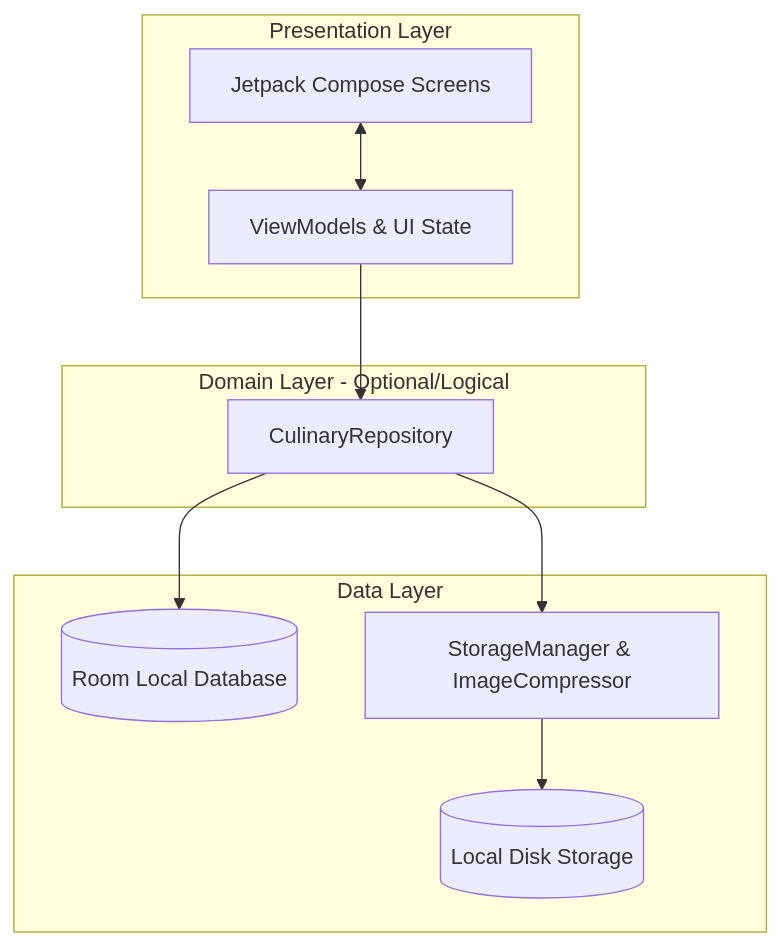
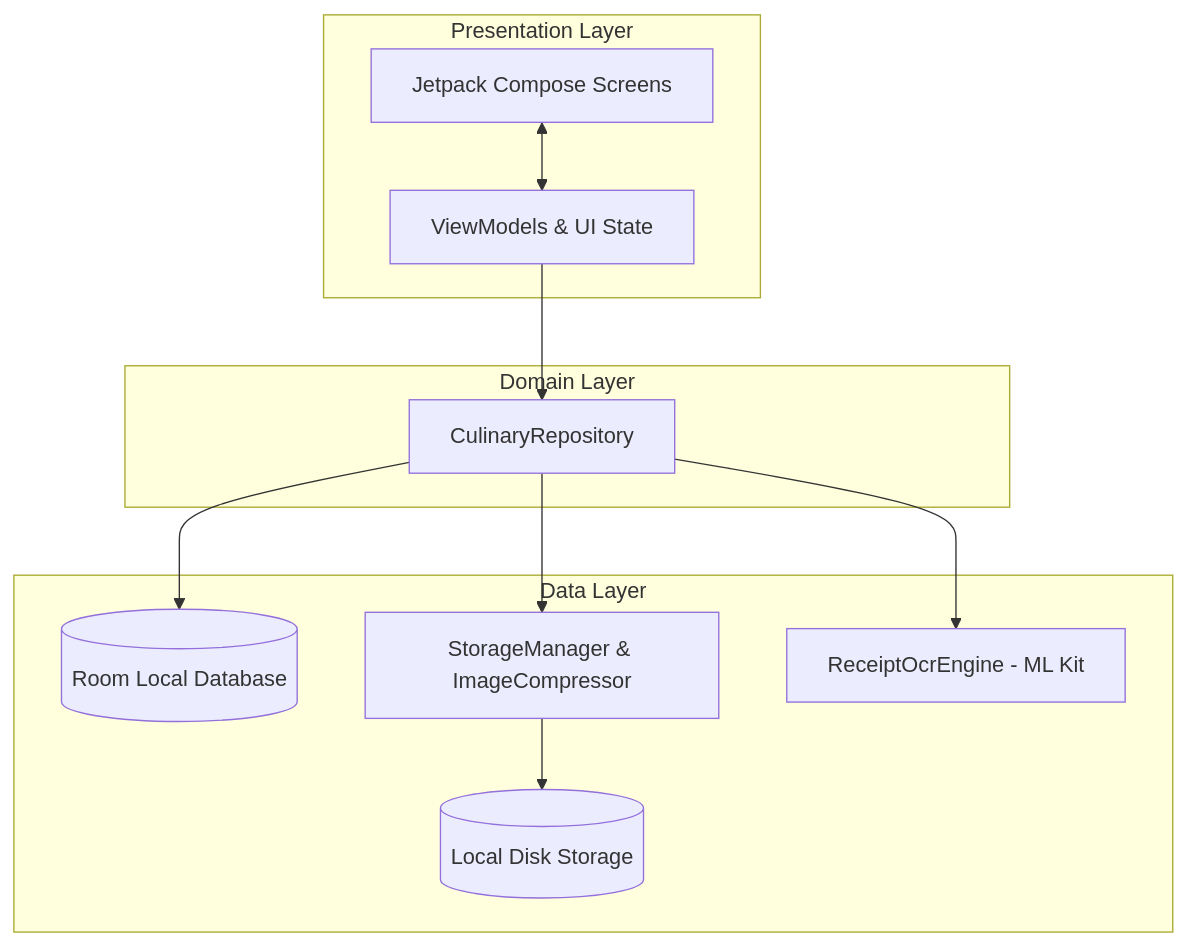
One commit to wilyanresna/bill-umaba changed the first of 3 diagrams in docs/architecture.md. Above: the diagram before and after it, drawn with Mermaid. The commit also changed other lines of this file and 5 other files, not shown here.

````diff
--- a/docs/architecture.md
+++ b/docs/architecture.md
@@ -11,16 +11,17 @@
 ```mermaid
 graph TD
     subgraph UI_Layer [Presentation Layer]
         ComposeView[Jetpack Compose Screens] <--> ViewModel[ViewModels & UI State]
     end
 
-    subgraph Domain_Layer [Domain Layer - Optional/Logical]
+    subgraph Domain_Layer [Domain Layer]
         ViewModel --> Repository[CulinaryRepository]
     end
 
     subgraph Data_Layer [Data Layer]
         Repository --> RoomDB[(Room Local Database)]
         Repository --> StorageManager[StorageManager & ImageCompressor]
+        Repository --> OcrEngine[ReceiptOcrEngine - ML Kit]
         StorageManager --> Disk[(Local Disk Storage)]
     end
 ```
````
